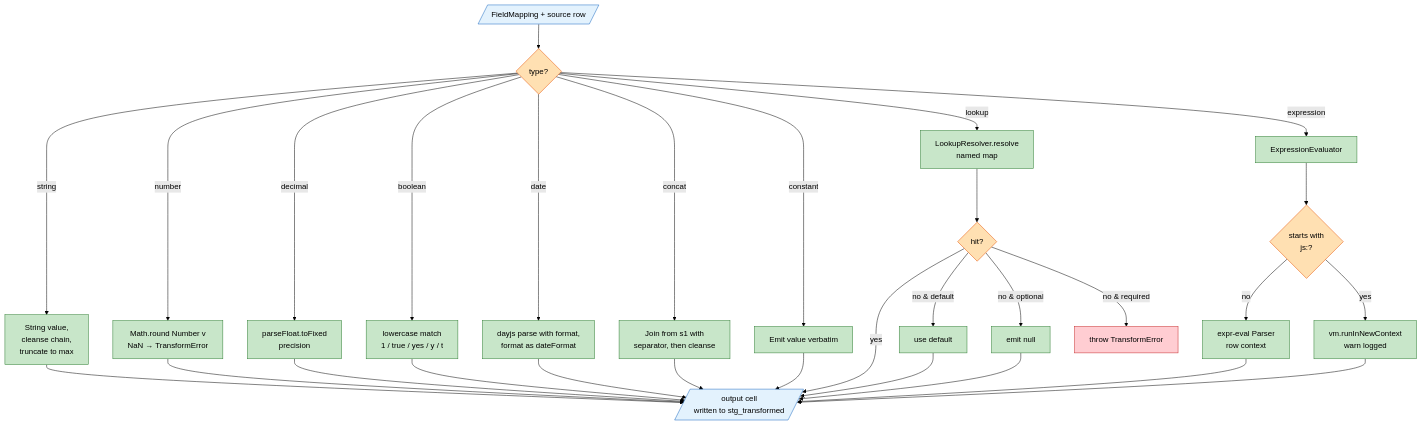
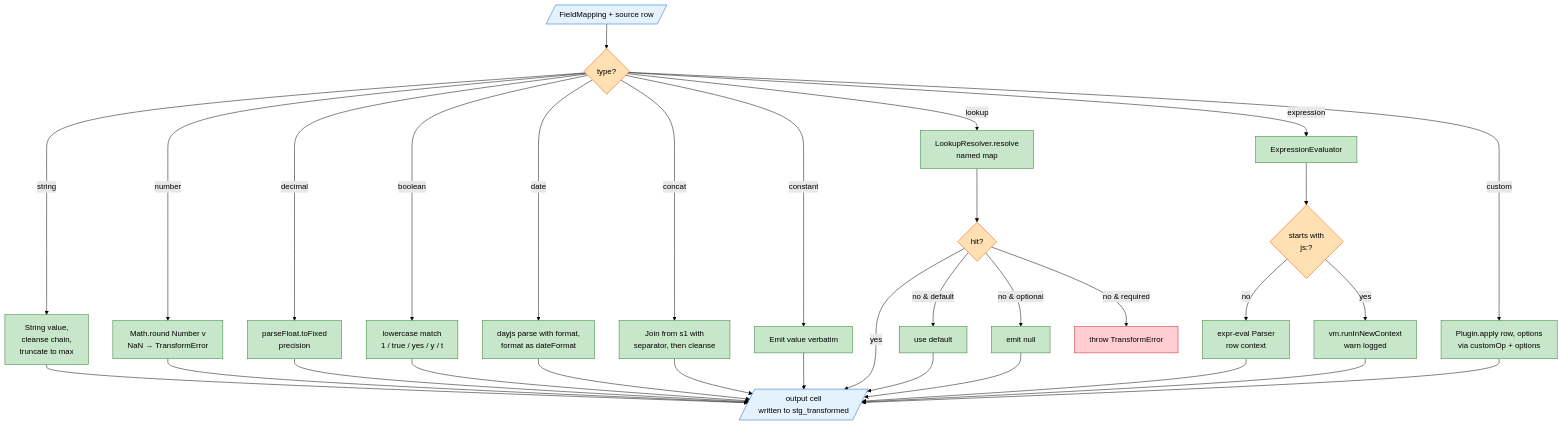
One commit to caracal-lynx/sluice changed the seventh of 14 diagrams in docs/architecture-diagrams.md. Above: the diagram before and after it, drawn with Mermaid (forest theme). The commit also changed other lines of this file, not shown here.

First line of the commit message:
[docs/architecture-diagrams-update] - 📝 Bring architecture-diagrams.md into line with the codebase (#11)

````diff
--- a/docs/architecture-diagrams.md
+++ b/docs/architecture-diagrams.md
@@ -356,46 +362,48 @@
 ```mermaid
 flowchart TB
     classDef io fill:#E3F2FD,stroke:#1565C0,color:#000
     classDef branch fill:#FFE0B2,stroke:#E65100,color:#000
     classDef op fill:#C8E6C9,stroke:#2E7D32,color:#000
     classDef err fill:#FFCDD2,stroke:#C62828,color:#000
 
     In[/FieldMapping + source row/]:::io
     Type{type?}:::branch
 
     Str[String value,<br/>cleanse chain,<br/>truncate to max]:::op
     Num[Math.round Number v<br/>NaN → TransformError]:::op
     Dec[parseFloat.toFixed<br/>precision]:::op
     Bool[lowercase match<br/>1 / true / yes / y / t]:::op
     Date[dayjs parse with format,<br/>format as dateFormat]:::op
     Lookup[LookupResolver.resolve<br/>named map]:::op
     Lookup2{hit?}:::branch
     Concat["Join from s1 with<br/>separator, then cleanse"]:::op
     Const[Emit value verbatim]:::op
     Expr[ExpressionEvaluator]:::op
     ExprPrefix{starts with<br/>js:?}:::branch
     SafeEval[expr-eval Parser<br/>row context]:::op
     VmEval[vm.runInNewContext<br/>warn logged]:::op
+    Custom["Plugin.apply row, options<br/>via customOp + options"]:::op
 
     Default[use default]:::op
     NullOut[emit null]:::op
     Err[throw TransformError]:::err
     Out[/output cell<br/>written to stg_transformed/]:::io
 
     In --> Type
     Type -- string --> Str --> Out
     Type -- number --> Num --> Out
     Type -- decimal --> Dec --> Out
     Type -- boolean --> Bool --> Out
     Type -- date --> Date --> Out
     Type -- concat --> Concat --> Out
     Type -- constant --> Const --> Out
     Type -- lookup --> Lookup --> Lookup2
     Lookup2 -- yes --> Out
     Lookup2 -- no & default --> Default --> Out
     Lookup2 -- no & optional --> NullOut --> Out
     Lookup2 -- no & required --> Err
     Type -- expression --> Expr --> ExprPrefix
     ExprPrefix -- no --> SafeEval --> Out
     ExprPrefix -- yes --> VmEval --> Out
+    Type -- custom --> Custom --> Out
 ```
````
